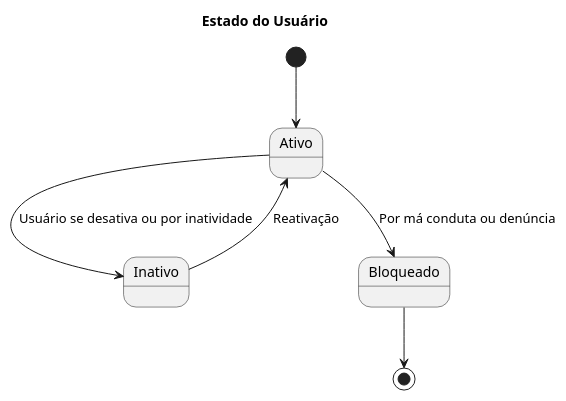
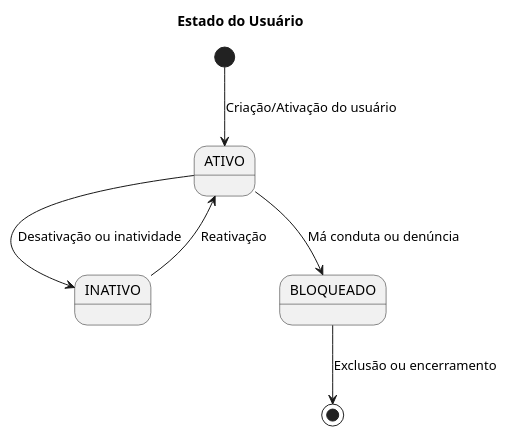
The diagram in modelos/DE_usuario.puml (rafa-alves6/Reclama.se-AOO), drawn with PlantUML before and after one commit.

```diff
--- a/modelos/DE_usuario.puml
+++ b/modelos/DE_usuario.puml
@@ -1,10 +1,11 @@
 @startuml
 title Estado do Usuário
 
-[*] --> Ativo
-Ativo --> Inativo : Usuário se desativa ou por inatividade
-Inativo --> Ativo : Reativação
-Ativo --> Bloqueado : Por má conduta ou denúncia
-Bloqueado --> [*]
+[*] --> ATIVO : Criação/Ativação do usuário
+
+ATIVO --> INATIVO : Desativação ou inatividade
+INATIVO --> ATIVO : Reativação
+ATIVO --> BLOQUEADO : Má conduta ou denúncia
+BLOQUEADO --> [*] : Exclusão ou encerramento
 
 @enduml
```
